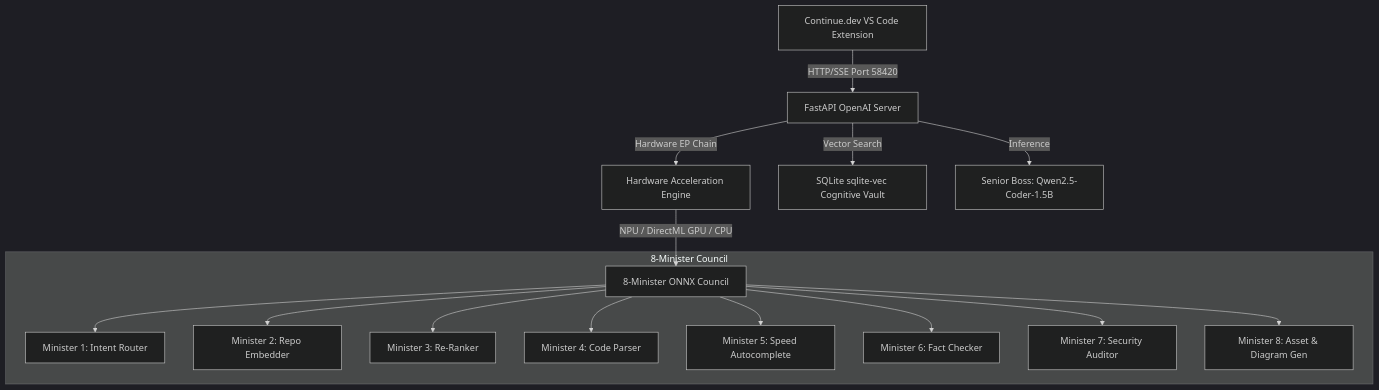
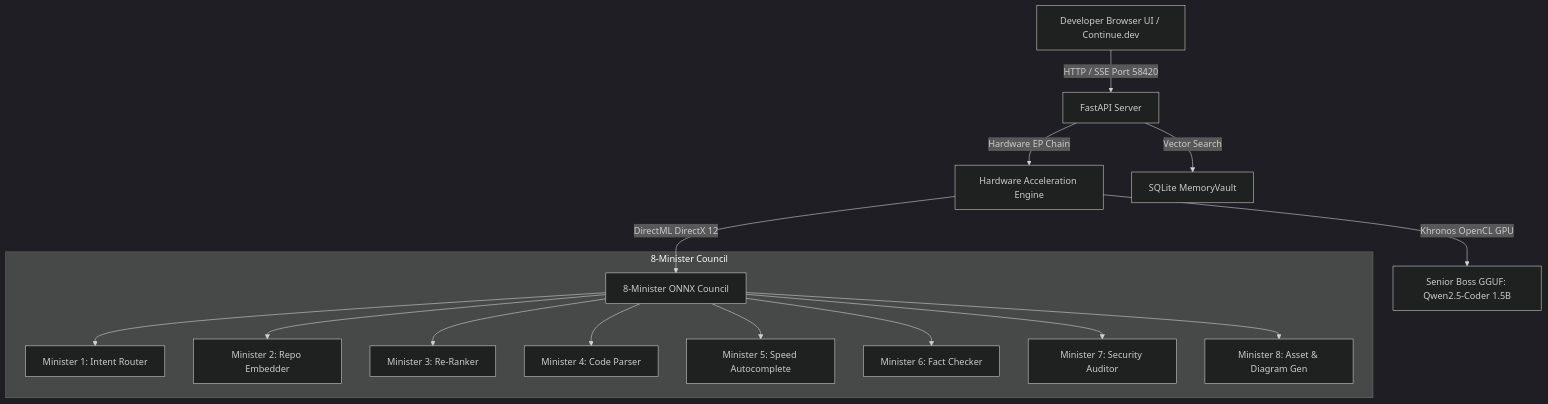
The diagram in README.md (7CGPA-Labs/KingdomAIServer), drawn with Mermaid (dark theme) before and after one commit. The commit also changed other lines of this file, not shown here.

Commit message:
docs(readme): update README with Open WebUI architecture, zero-EXE SmartScreen bypass, and security guardrail matrix

````diff
--- a/README.md
+++ b/README.md
@@ -15,19 +17,19 @@
 ```mermaid
 graph TD
-    Client[Continue.dev VS Code Extension] -->|HTTP/SSE Port 58420| Server[FastAPI OpenAI Server]
+    User[Developer Browser UI / Continue.dev] -->|HTTP / SSE Port 58420| Server[FastAPI Server]
     Server -->|Hardware EP Chain| Engine[Hardware Acceleration Engine]
-    Engine -->|NPU / DirectML GPU / CPU| Ministers[8-Minister ONNX Council]
-    Server -->|Vector Search| Vault[SQLite sqlite-vec Cognitive Vault]
-    Server -->|Inference| Boss[Senior Boss: Qwen2.5-Coder-1.5B]
-    
+    Engine -->|Khronos OpenCL GPU| Boss[Senior Boss GGUF: Qwen2.5-Coder 1.5B]
+    Engine -->|DirectML DirectX 12| Ministers[8-Minister ONNX Council]
+    Server -->|Vector Search| Vault[SQLite MemoryVault]
+
     subgraph 8-Minister Council
         Ministers --> M1[Minister 1: Intent Router]
         Ministers --> M2[Minister 2: Repo Embedder]
         Ministers --> M3[Minister 3: Re-Ranker]
         Ministers --> M4[Minister 4: Code Parser]
         Ministers --> M5[Minister 5: Speed Autocomplete]
         Ministers --> M6[Minister 6: Fact Checker]
         Ministers --> M7[Minister 7: Security Auditor]
         Ministers --> M8[Minister 8: Asset & Diagram Gen]
     end
 ```
````
